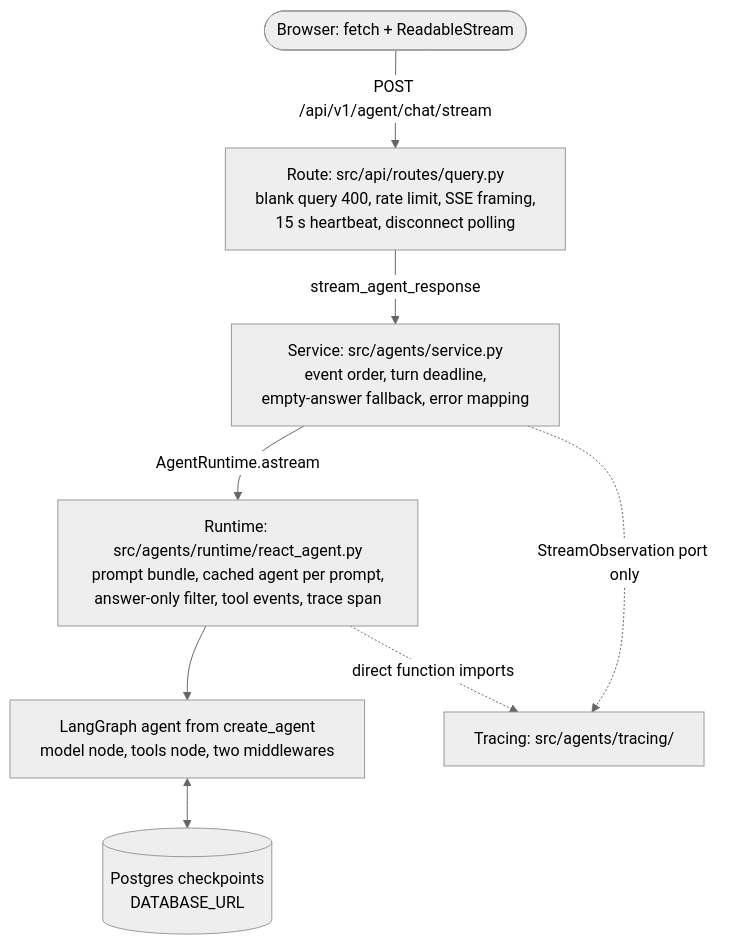
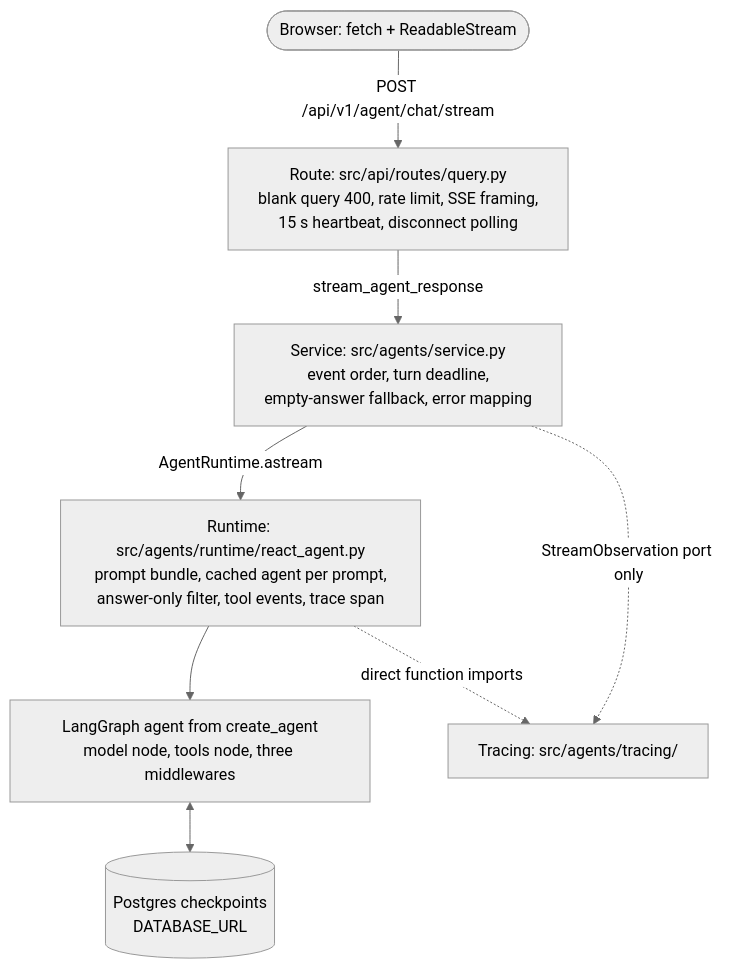
The first of 3 diagrams in docs/modules/runtime.md (Park-Hip/InternHunterAgent), drawn with Mermaid (neutral theme) before and after one commit. The commit also changed other lines of this file and 4 other files, not shown here.

````diff
--- a/docs/modules/runtime.md
+++ b/docs/modules/runtime.md
@@ -49,18 +49,18 @@
 ```mermaid
 %%{init: {"flowchart": {"wrappingWidth": 300}}}%%
 flowchart TD
     B(["Browser: fetch + ReadableStream"])
     R["Route: src/api/routes/query.py<br/>blank query 400, rate limit, SSE framing,<br/>15 s heartbeat, disconnect polling"]
     S["Service: src/agents/service.py<br/>event order, turn deadline,<br/>empty-answer fallback, error mapping"]
     RT["Runtime: src/agents/runtime/react_agent.py<br/>prompt bundle, cached agent per prompt,<br/>answer-only filter, tool events, trace span"]
-    G["LangGraph agent from create_agent<br/>model node, tools node, two middlewares"]
+    G["LangGraph agent from create_agent<br/>model node, tools node, three middlewares"]
     PG[("Postgres checkpoints<br/>DATABASE_URL")]
     TR["Tracing: src/agents/tracing/"]
     B -->|"POST /api/v1/agent/chat/stream"| R
     R -->|"stream_agent_response"| S
     S -->|"AgentRuntime.astream"| RT
     RT --> G
     G <--> PG
     S -.->|"StreamObservation port only"| TR
     RT -.->|"direct function imports"| TR
 ```
````
